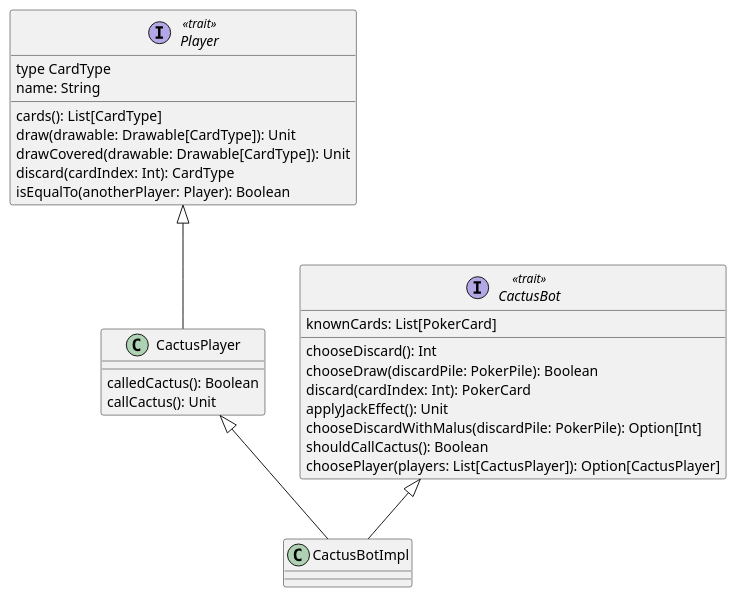
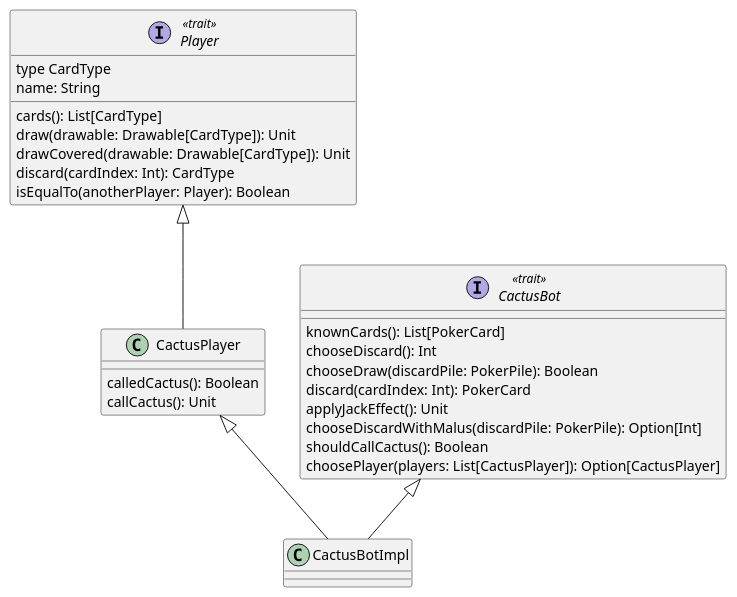
The diagram in docs/5-detailed-design/bot-player.plantuml (EmanueleArte/PPS-23-cactus), drawn with PlantUML before and after one commit.

Commit message:
Little fix in bot player uml

```diff
--- a/docs/5-detailed-design/bot-player.plantuml
+++ b/docs/5-detailed-design/bot-player.plantuml
@@ -1,37 +1,37 @@
 @startuml
 
 interface Player <<trait>> {
   type CardType
   name: String
   cards(): List[CardType]
   draw(drawable: Drawable[CardType]): Unit
   drawCovered(drawable: Drawable[CardType]): Unit
   discard(cardIndex: Int): CardType
   isEqualTo(anotherPlayer: Player): Boolean
 }
 
 class CactusPlayer {
   calledCactus(): Boolean
   callCactus(): Unit
 }
 
 interface CactusBot <<trait>> {
-  knownCards: List[PokerCard]
+  knownCards(): List[PokerCard]
   chooseDiscard(): Int
   chooseDraw(discardPile: PokerPile): Boolean
   discard(cardIndex: Int): PokerCard
   applyJackEffect(): Unit
   chooseDiscardWithMalus(discardPile: PokerPile): Option[Int]
   shouldCallCactus(): Boolean
   choosePlayer(players: List[CactusPlayer]): Option[CactusPlayer]
 }
 
 class CactusBotImpl {
   
 }
 
 CactusBot <|-- CactusBotImpl
 CactusPlayer <|-- CactusBotImpl
 Player <|-- CactusPlayer
 
 @enduml
```
